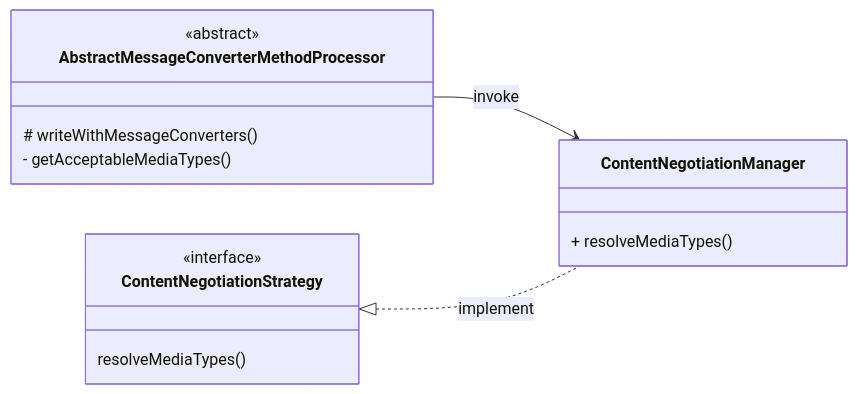
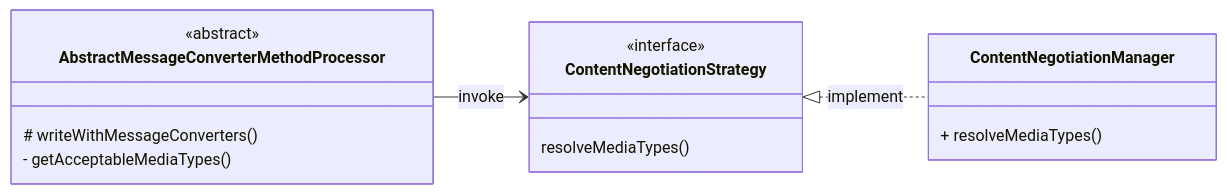
Before and after one commit to domeniczz/learnJavaDev: diagram 19 of 38 in DevTech/Spring.md, drawn with Mermaid. The commit also changed other lines of this file and 4 other files, not shown here.

````diff
--- a/DevTech/Spring.md
+++ b/DevTech/Spring.md
@@ -6585,18 +6849,18 @@
 ```mermaid
 classDiagram
   direction LR
   class AbstractMessageConverterMethodProcessor {
     # writeWithMessageConverters()
     - getAcceptableMediaTypes()
   }
   <<abstract>> AbstractMessageConverterMethodProcessor
-  class ContentNegotiationManager {
-    + resolveMediaTypes()
-  }
   class ContentNegotiationStrategy {
     resolveMediaTypes()
   }
   <<interface>> ContentNegotiationStrategy
-  AbstractMessageConverterMethodProcessor --> ContentNegotiationManager : invoke
+  class ContentNegotiationManager {
+    + resolveMediaTypes()
+  }
+  AbstractMessageConverterMethodProcessor --> ContentNegotiationStrategy : invoke
   ContentNegotiationStrategy <|.. ContentNegotiationManager : implement
 ```
````
